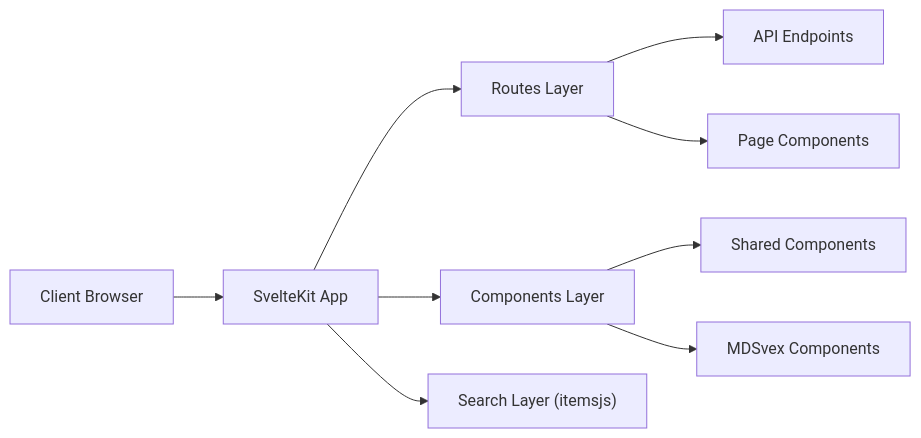
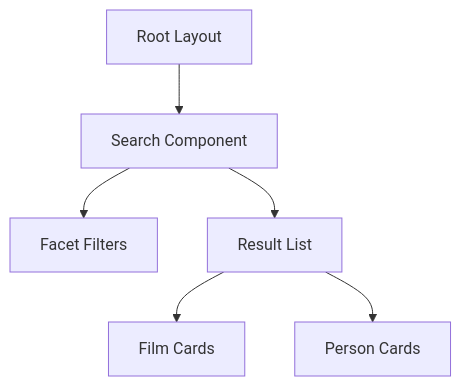
Before and after one commit to kingsdigitallab/age-c: the second of 2 diagrams in frontend/README.md, drawn with Mermaid. The commit also changed other lines of this file, not shown here.

````diff
--- a/frontend/README.md
+++ b/frontend/README.md
@@ -40,13 +94,8 @@
 ```mermaid
-flowchart LR
-    Client["Client Browser"] --> SvelteKit["SvelteKit App"]
-    SvelteKit --> Routes["Routes Layer"]
-    SvelteKit --> Components["Components Layer"]
-    SvelteKit --> Search["Search Layer (itemsjs)"]
-
-    Routes --> API["API Endpoints"]
-    Routes --> Pages["Page Components"]
-
-    Components --> Shared["Shared Components"]
-    Components --> MDSvex["MDSvex Components"]
+flowchart TD
+    Layout["Root Layout"] --> Search["Search Component"]
+    Search --> Facets["Facet Filters"]
+    Search --> Results["Result List"]
+    Results --> FilmCard["Film Cards"]
+    Results --> PersonCard["Person Cards"]
 ```
````
